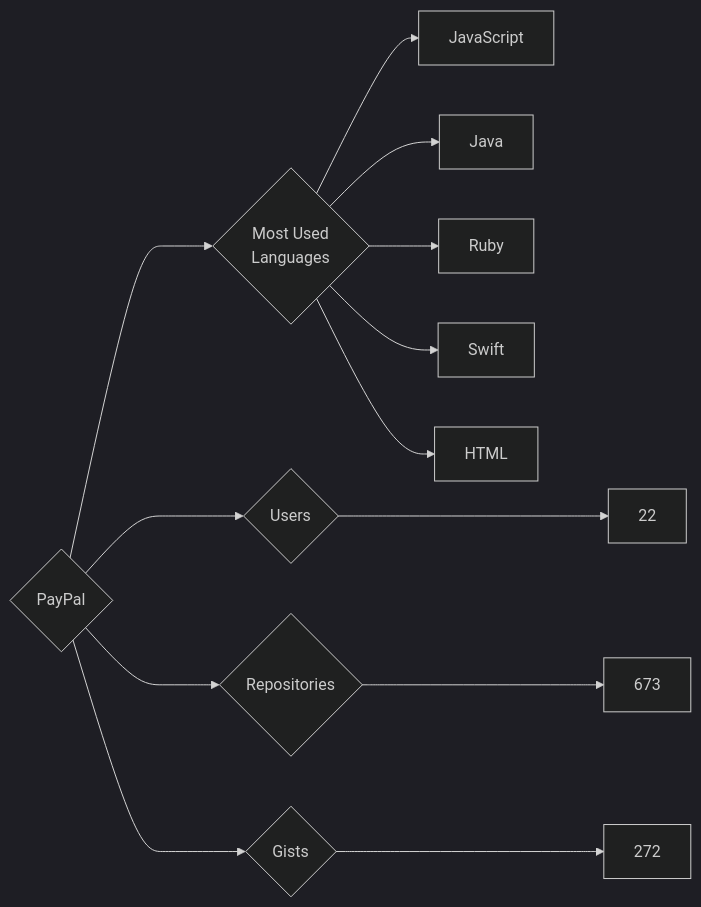
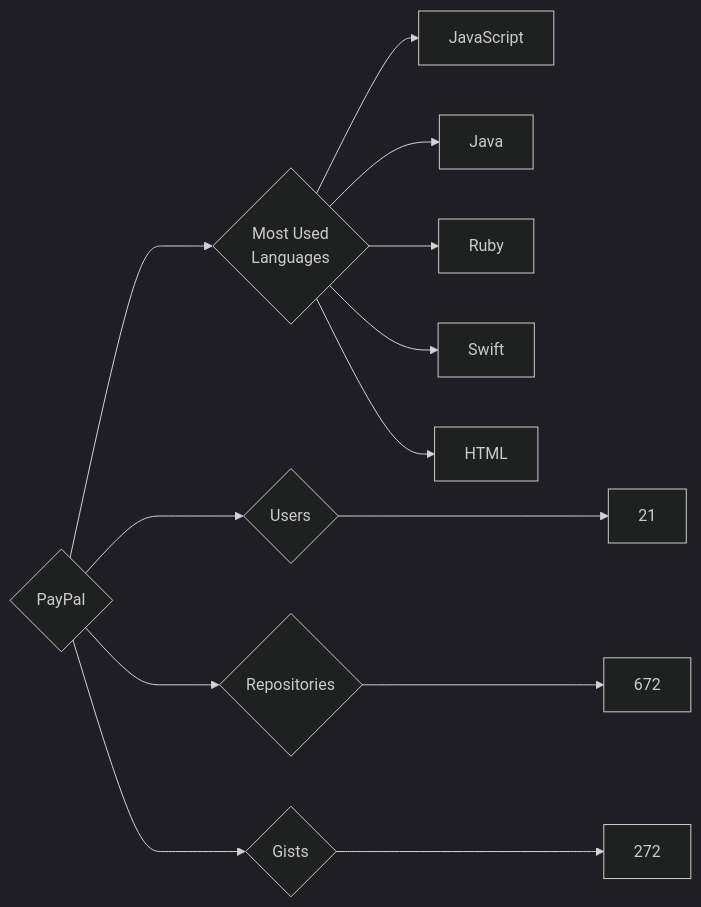
Before and after one commit to trickest/insiders: the diagram in targets/PayPal/README.md, drawn with Mermaid (dark theme). The commit also changed 534 other files, not shown here.

````diff
--- a/targets/PayPal/README.md
+++ b/targets/PayPal/README.md
@@ -3,13 +3,13 @@
 ```mermaid
 graph LR
 COMPANY_NAME{PayPal}
-COMPANY_NAME ---> U{Users} ---> UN[22]
-COMPANY_NAME ---> R{Repositories} ---> RN[673]
+COMPANY_NAME ---> U{Users} ---> UN[21]
+COMPANY_NAME ---> R{Repositories} ---> RN[672]
 COMPANY_NAME ---> G{Gists} ---> GN[272]
 COMPANY_NAME ---> ML{Most Used<br>Languages}
 ML --> JavaScript[JavaScript]
 ML --> Java[Java]
 ML --> Ruby[Ruby]
 ML --> Swift[Swift]
 ML --> HTML[HTML]
 ```
````
